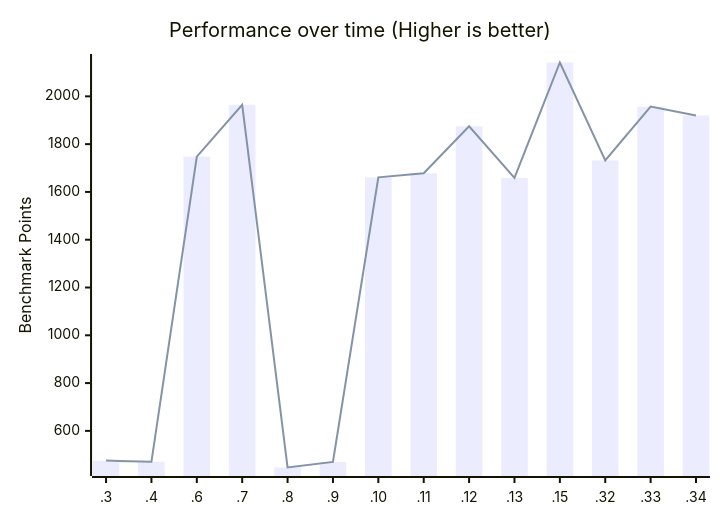
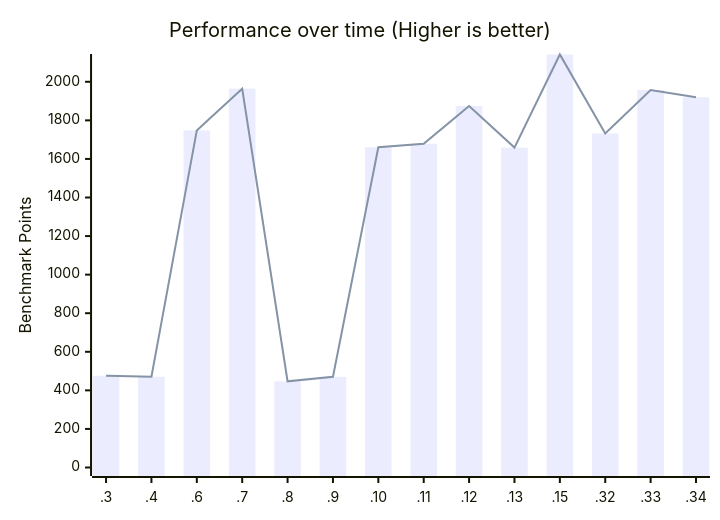
One commit to zen-browser/docs changed the fourth of 4 diagrams in content/benchmarks.md. Above: the diagram before and after it, drawn with Mermaid. The commit also changed other lines of this file, not shown here.

Commit message:
more accurate benchmark graphs

````diff
--- a/content/benchmarks.md
+++ b/content/benchmarks.md
@@ -131,8 +131,8 @@
 ```mermaid
 xychart-beta
     title "Performance over time (Higher is better)"
     x-axis [.3, .4, .6, .7, .8, .9, .10, .11, .12, .13, .15, .32, .33, .34]
-    y-axis "Benchmark Points"
+    y-axis "Benchmark Points" 0 --> 2100
     bar [475.52, 470.49, 1747.98, 1964.43, 446.74, 470, 1660.89, 1678.49, 1874.49, 1658.87, 2141.63, 1732, 1957, 1920]
     line [475.52, 470.49, 1747.98, 1964.43, 446.74, 470, 1660.89, 1678.49, 1874.49, 1658.87, 2141.63, 1732, 1957, 1920]
 ```
````
